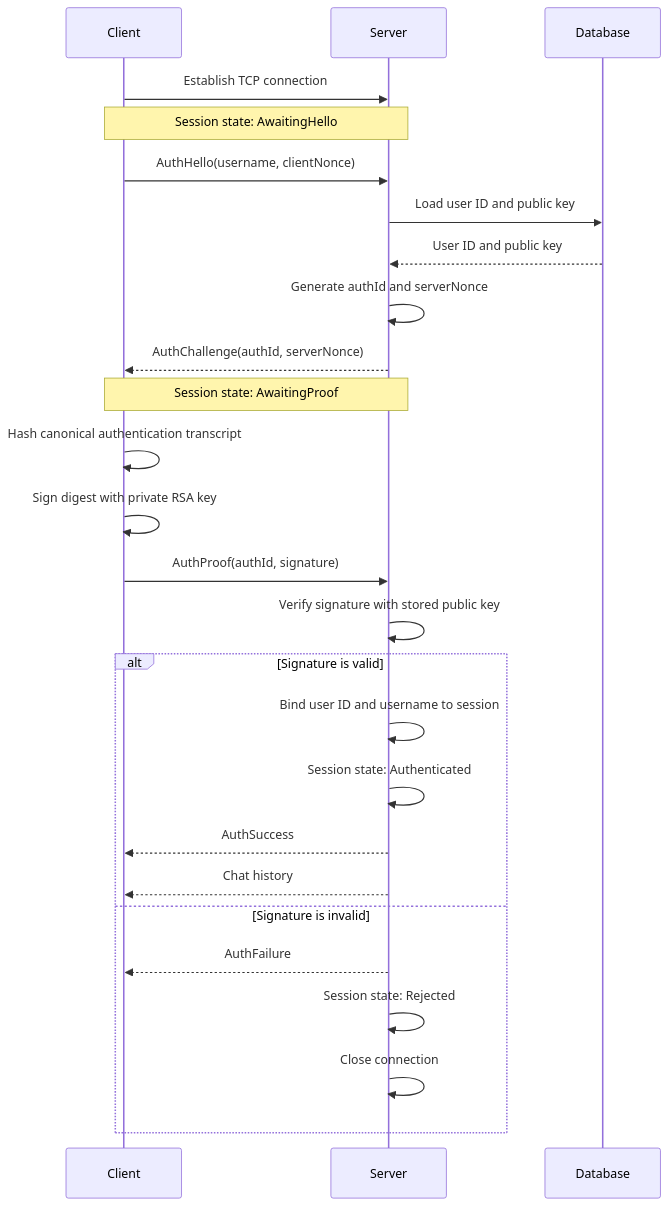
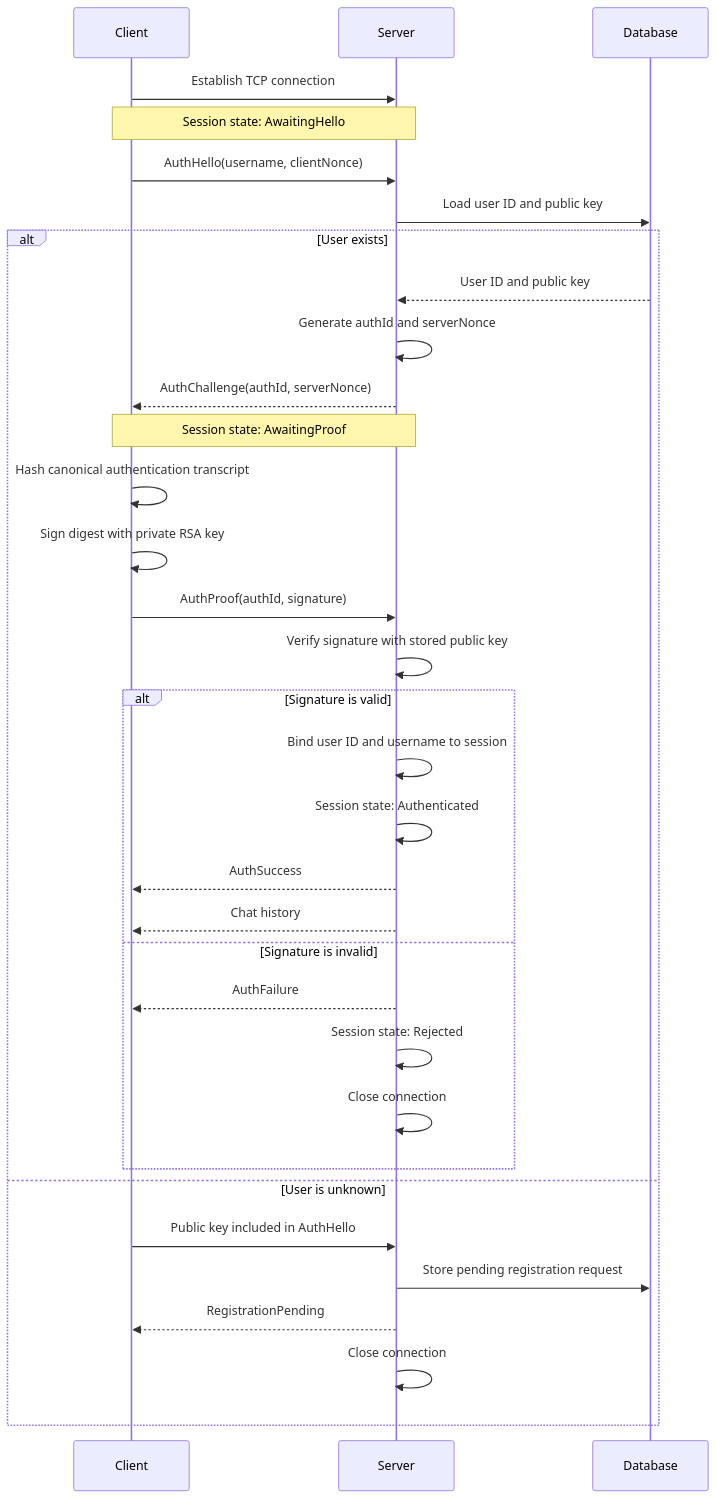
Before and after one commit to ParallelEngineering/Messenger: the diagram in docs/connection-establishment.md, drawn with Mermaid. The commit also changed other lines of this file and 10 other files, not shown here.

Commit message:
Implement user registration logic

````diff
--- a/docs/connection-establishment.md
+++ b/docs/connection-establishment.md
@@ -11,32 +11,39 @@
 ```mermaid
 sequenceDiagram
     participant C as Client
     participant S as Server
     participant DB as Database
 
     C->>S: Establish TCP connection
     Note over C,S: Session state: AwaitingHello
 
     C->>S: AuthHello(username, clientNonce)
     S->>DB: Load user ID and public key
+    alt User exists
     DB-->>S: User ID and public key
     S->>S: Generate authId and serverNonce
     S-->>C: AuthChallenge(authId, serverNonce)
     Note over C,S: Session state: AwaitingProof
 
     C->>C: Hash canonical authentication transcript
     C->>C: Sign digest with private RSA key
     C->>S: AuthProof(authId, signature)
     S->>S: Verify signature with stored public key
 
     alt Signature is valid
         S->>S: Bind user ID and username to session
         S->>S: Session state: Authenticated
         S-->>C: AuthSuccess
         S-->>C: Chat history
     else Signature is invalid
         S-->>C: AuthFailure
         S->>S: Session state: Rejected
         S->>S: Close connection
     end
+    else User is unknown
+        C->>S: Public key included in AuthHello
+        S->>DB: Store pending registration request
+        S-->>C: RegistrationPending
+        S->>S: Close connection
+    end
 ```
````
